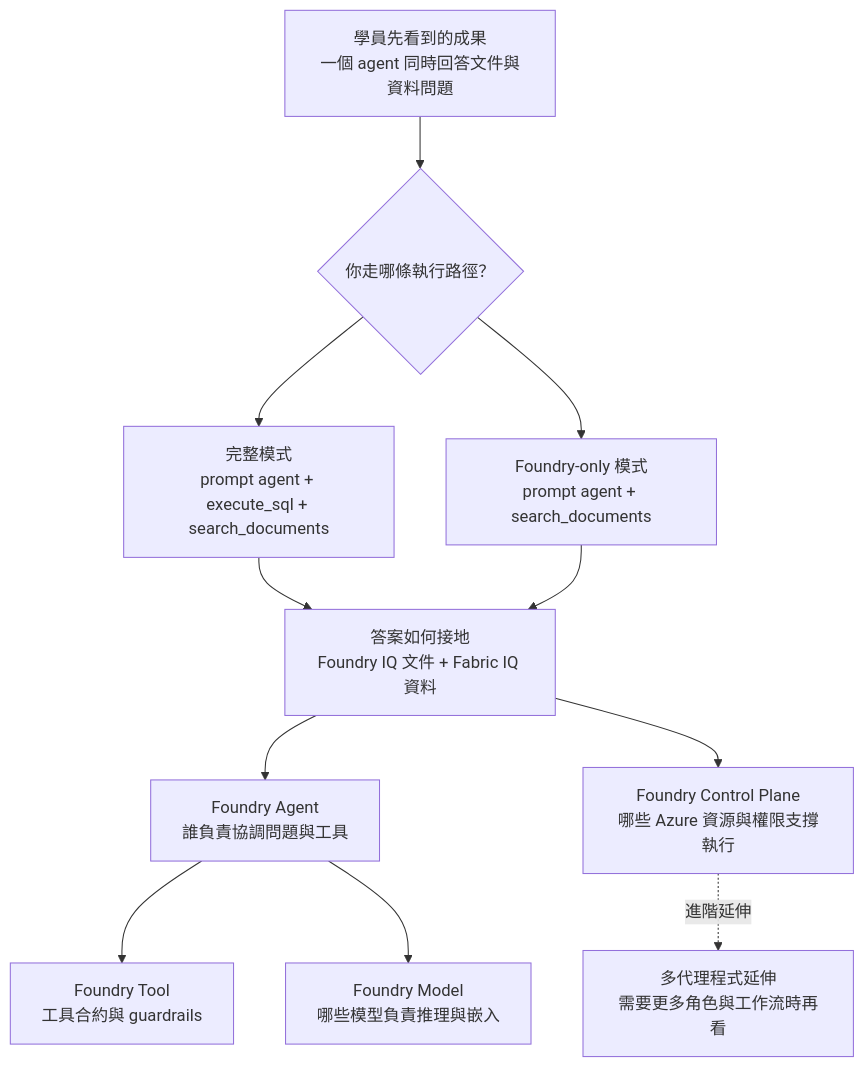
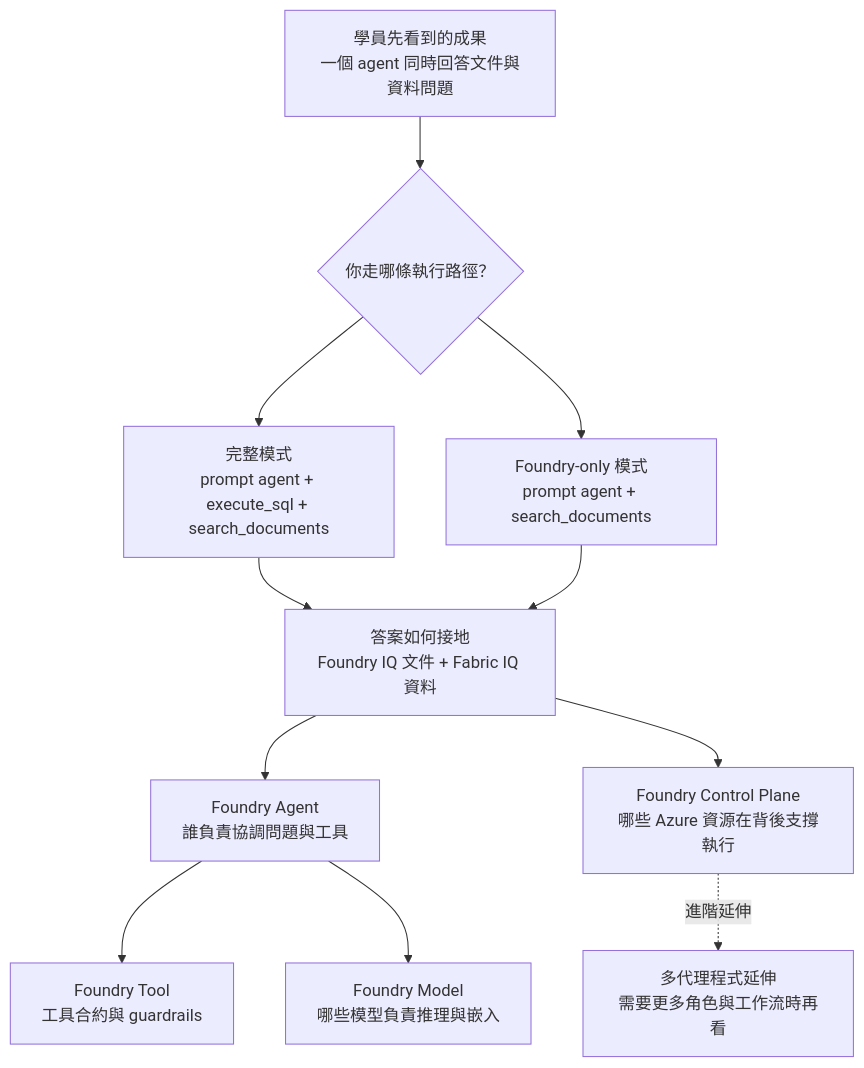
Before and after one commit to payton-chou-ms/e2e-ms-foundry-workshop: the diagram in workshop/docs/index.md, drawn with Mermaid. The commit also changed other lines of this file and 32 other files, not shown here.

````diff
--- a/workshop/docs/index.md
+++ b/workshop/docs/index.md
@@ -52,14 +52,14 @@
 ```mermaid
 flowchart TD
     U[學員先看到的成果\n一個 agent 同時回答文件與資料問題]
     U --> R{你走哪條執行路徑？}
     R --> F[完整模式\nprompt agent + execute_sql + search_documents]
     R --> S[Foundry-only 模式\nprompt agent + search_documents]
     F --> IQ[答案如何接地\nFoundry IQ 文件 + Fabric IQ 資料]
     S --> IQ
     IQ --> A[Foundry Agent\n誰負責協調問題與工具]
     A --> T[Foundry Tool\n工具合約與 guardrails]
     A --> M[Foundry Model\n哪些模型負責推理與嵌入]
-    IQ --> C[Foundry Control Plane\n哪些 Azure 資源與權限支撐執行]
+    IQ --> C[Foundry Control Plane\n哪些 Azure 資源在背後支撐執行]
     C -. 進階延伸 .-> MA[多代理程式延伸\n需要更多角色與工作流時再看]
 ```
````
